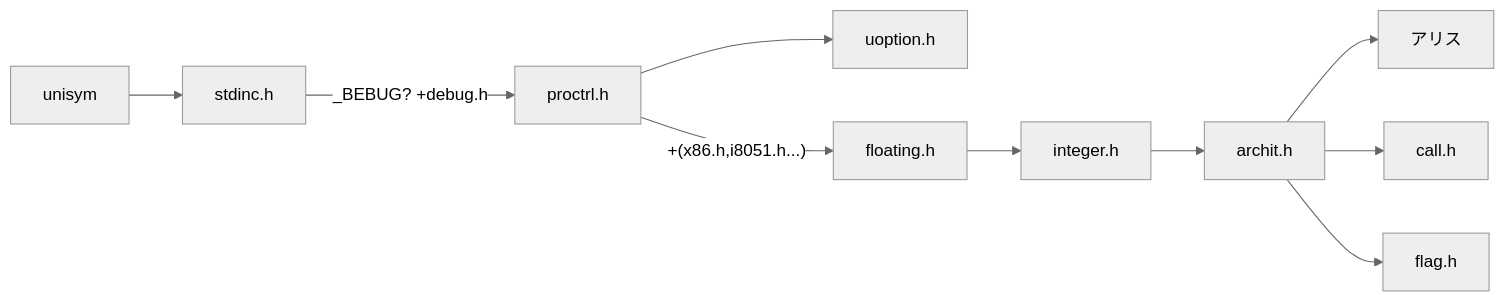
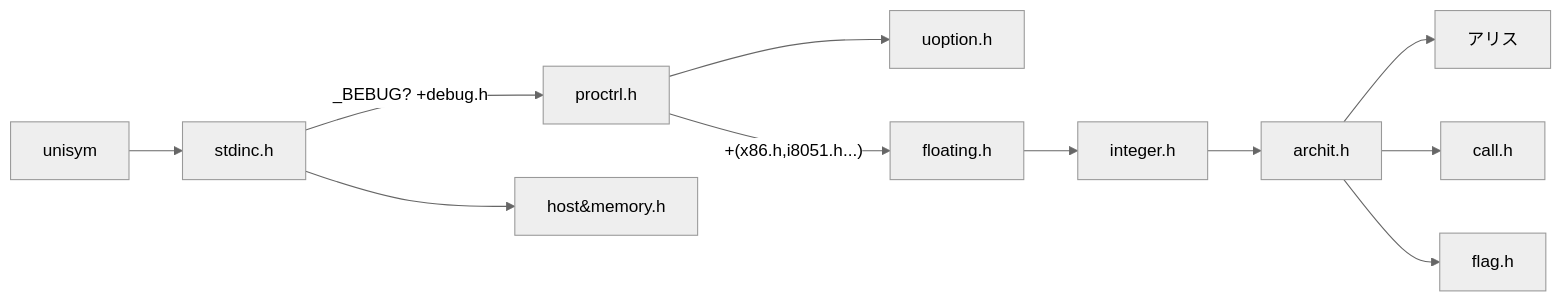
The second of 5 diagrams in doc/WEB/www.unisym.org/en/6-Depend.md (ArinaMgk/unisym), drawn with Mermaid (neutral theme) before and after one commit. The commit also changed 27 other files, not shown here.

````diff
--- a/doc/WEB/www.unisym.org/en/6-Depend.md
+++ b/doc/WEB/www.unisym.org/en/6-Depend.md
@@ -43,14 +43,15 @@
 ```mermaid
 graph LR
 	alice[アリス]
 	arch[archit.h]
 	arch-->alice
 	arch-->calling[call.h]
 	arch-->flag.h
 	proctrl[proctrl.h]
 	proctrl-->uoption.h
 	proctrl--+(x86.h,i8051.h...)-->floating.h-->integer.h-->arch
 	stdinc[stdinc.h]
 	stdinc--"_BEBUG? +debug.h"-->proctrl
+	stdinc-->host&memory.h
 	unisym-->stdinc
 ```
````
